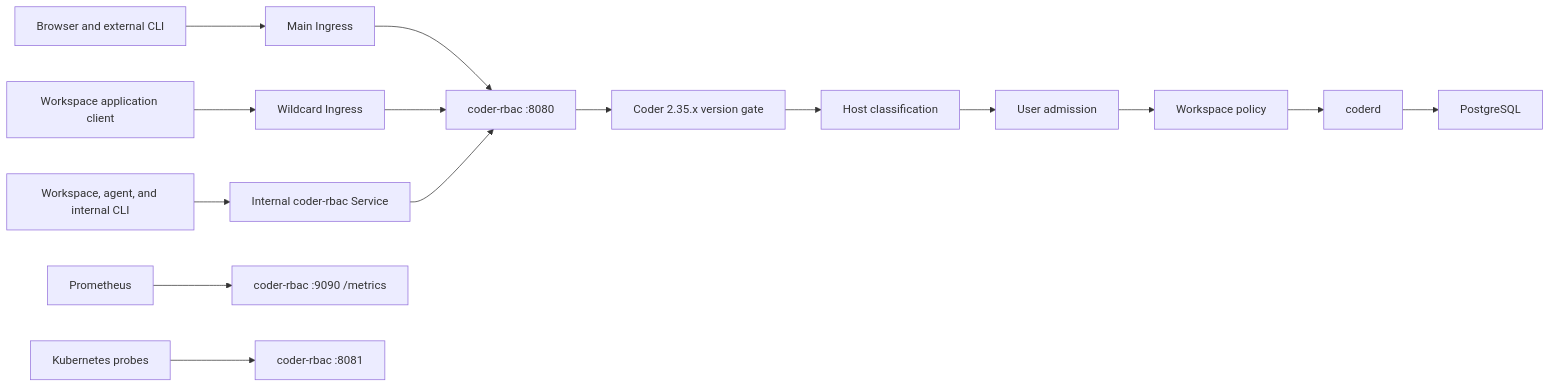
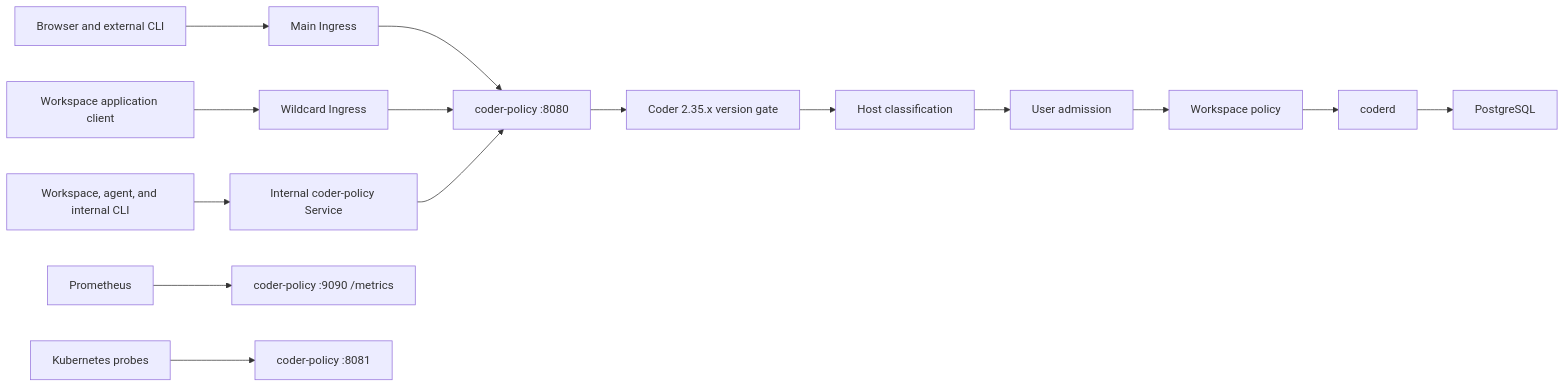
One commit to thomas-illiet/coder-rbac changed the first of 3 diagrams in docs/architecture.md. Above: the diagram before and after it, drawn with Mermaid. The commit also changed other lines of this file and 64 other files, not shown here.

Commit message:
refactor: rename project to coder-policy

````diff
--- a/docs/architecture.md
+++ b/docs/architecture.md
@@ -22,20 +22,20 @@
 ```mermaid
 flowchart LR
     Browser["Browser and external CLI"] --> MainIngress["Main Ingress"]
     AppClient["Workspace application client"] --> WildcardIngress["Wildcard Ingress"]
-    Workspace["Workspace, agent, and internal CLI"] --> InternalService["Internal coder-rbac Service"]
+    Workspace["Workspace, agent, and internal CLI"] --> InternalService["Internal coder-policy Service"]
 
-    MainIngress --> Proxy["coder-rbac :8080"]
+    MainIngress --> Proxy["coder-policy :8080"]
     WildcardIngress --> Proxy
     InternalService --> Proxy
 
     Proxy --> Gate["Coder 2.35.x version gate"]
     Gate --> Host["Host classification"]
     Host --> Admission["User admission"]
     Admission --> Policy["Workspace policy"]
     Policy --> Coder["coderd"]
     Coder --> Database["PostgreSQL"]
 
-    Prometheus["Prometheus"] --> Metrics["coder-rbac :9090 /metrics"]
-    Kubernetes["Kubernetes probes"] --> Health["coder-rbac :8081"]
+    Prometheus["Prometheus"] --> Metrics["coder-policy :9090 /metrics"]
+    Kubernetes["Kubernetes probes"] --> Health["coder-policy :8081"]
 ```
````
